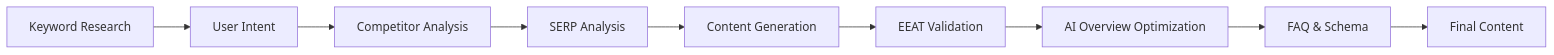
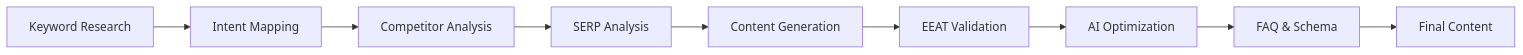
Before and after one commit to ajit-gif/btw-group-ai-skills: the second of 2 diagrams in README.md, drawn with Mermaid. The commit also changed other lines of this file, not shown here.

````diff
--- a/README.md
+++ b/README.md
@@ -114,11 +40,11 @@
 ```mermaid
 flowchart LR
-    A[Keyword Research] --> B[User Intent]
-    B --> C[Competitor Analysis]
-    C --> D[SERP Analysis]
-    D --> E[Content Generation]
-    E --> F[EEAT Validation]
-    F --> G[AI Overview Optimization]
-    G --> H[FAQ & Schema]
-    H --> I[Final Content]
+A[Keyword Research] --> B[Intent Mapping]
+B --> C[Competitor Analysis]
+C --> D[SERP Analysis]
+D --> E[Content Generation]
+E --> F[EEAT Validation]
+F --> G[AI Optimization]
+G --> H[FAQ & Schema]
+H --> I[Final Content]
 ```
````
